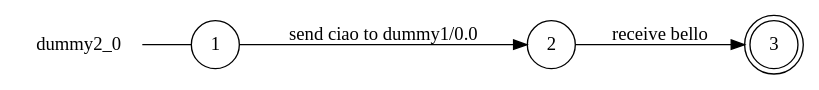
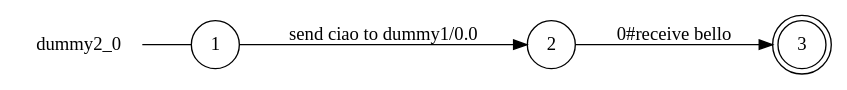
One commit to gabrielegenovese/chorer changed the diagram in examples/async/dummy2_0_local_view.dot. Above: the diagram before and after it, drawn with Graphviz. The commit also changed 60 other files, not shown here.

```diff
--- a/examples/async/dummy2_0_local_view.dot
+++ b/examples/async/dummy2_0_local_view.dot
@@ -1,11 +1,11 @@
 digraph dummy2_0 {
 	rankdir="LR";
 	n_0 [label="dummy2_0", shape="plaintext"];
 	n_1 [id="1", shape=circle, label="1"];
 	n_0 -> n_1 [arrowhead=none];
 	n_2 [id="2", shape=circle, label="2"];
 	n_3 [id="3", shape=doublecircle, label="3"];
 
-	n_1 -> n_2 [id="[$e|1]", label="send ciao to dummy1/0.0"];
-	n_2 -> n_3 [id="[$e|0]", label="receive bello"];
+	n_2 -> n_3 [id="[$e|1]", label="0#receive bello"];
+	n_1 -> n_2 [id="[$e|0]", label="send ciao to dummy1/0.0"];
 }
```
